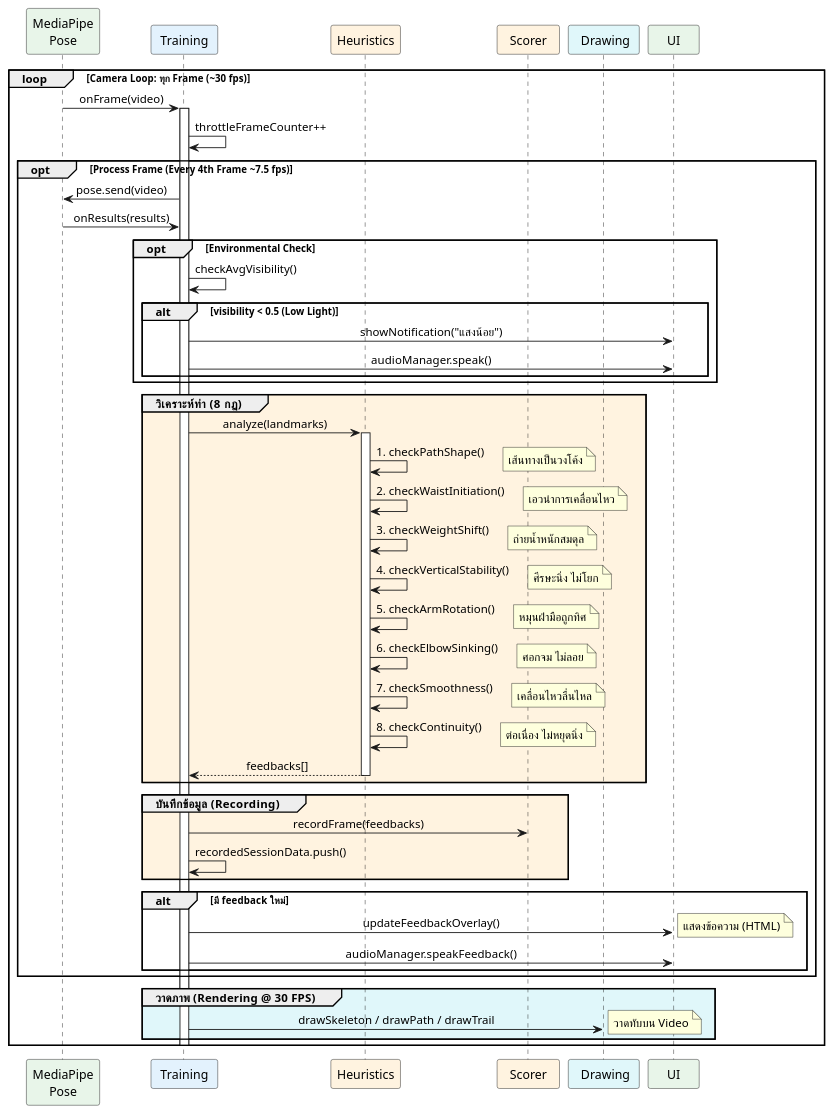
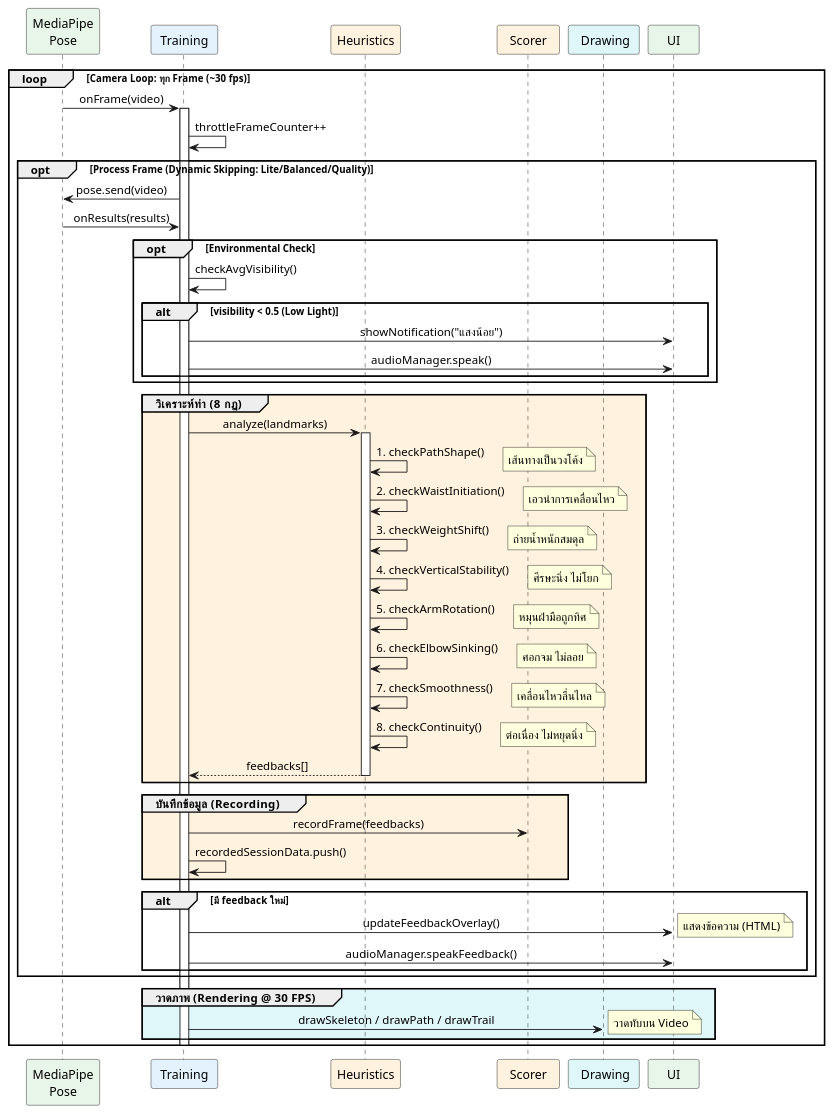
Before and after one commit to vyut/TaijiFlow: the diagram in docs/diagrams/SequenceDiagram_RealtimeAnalysis.wsd, drawn with PlantUML. The commit also changed 8 other files, not shown here.

```diff
--- a/docs/diagrams/SequenceDiagram_RealtimeAnalysis.wsd
+++ b/docs/diagrams/SequenceDiagram_RealtimeAnalysis.wsd
@@ -1,101 +1,101 @@
 @startuml SequenceDiagram_RealtimeAnalysis
 ' ============================================================================
 ' TaijiFlow AI - Sequence Diagram: Real-time Pose Analysis
 ' ============================================================================
 ' แสดงการวิเคราะห์ท่าแบบ Real-time ในแต่ละ Frame
 ' อ้างอิง: onResults() callback ใน script.js (lines 1200-1470)
 ' ============================================================================
 
 skinparam defaultFontName "Sarabun"
 skinparam backgroundColor transparent
 skinparam sequenceMessageAlign center
 
 ' === Participants ===
 participant "MediaPipe\nPose" as MediaPipe #E8F5E9
 participant " Training " as Training #E3F2FD
 participant "Heuristics" as Heuristics #FFF3E0
 participant "  Scorer  " as Scorer #FFF3E0
 participant "  Drawing " as Drawing #E0F7FA
 participant "    UI    " as UI #E8F5E9
 
 ' ============================================================================
 ' MAIN LOOP: onResults Callback
 ' ============================================================================
 
 loop Camera Loop: ทุก Frame (~30 fps)
     MediaPipe -> Training : onFrame(video)
     activate Training
     
     Training -> Training : throttleFrameCounter++
     
     ' === Throttling Check ===
-    opt Process Frame (Every 4th Frame ~7.5 fps)
+    opt Process Frame (Dynamic Skipping: Lite/Balanced/Quality)
         Training -> MediaPipe : pose.send(video)
         MediaPipe -> Training : onResults(results)
         
         ' === Environmental Check (Low Light) ===
         opt Environmental Check
             Training -> Training : checkAvgVisibility()
             alt visibility < 0.5 (Low Light)
                 Training -> UI : showNotification("แสงน้อย")
                 Training -> UI : audioManager.speak()
             end
         end
 
         ' === Step 1: Analyze Pose (8 Rules) ===
         group #FFF3E0 วิเคราะห์ท่า (8 กฎ)
             Training -> Heuristics : analyze(landmarks)
             activate Heuristics
             
             Heuristics -> Heuristics : 1. checkPathShape()
             note right: เส้นทางเป็นวงโค้ง
             
             Heuristics -> Heuristics : 2. checkWaistInitiation()
             note right: เอวนำการเคลื่อนไหว
             
             Heuristics -> Heuristics : 3. checkWeightShift()
             note right: ถ่ายน้ำหนักสมดุล
             
             Heuristics -> Heuristics : 4. checkVerticalStability()
             note right: ศีรษะนิ่ง ไม่โยก
             
             Heuristics -> Heuristics : 5. checkArmRotation()
             note right: หมุนฝ่ามือถูกทิศ
             
             Heuristics -> Heuristics : 6. checkElbowSinking()
             note right: ศอกจม ไม่ลอย
             
             Heuristics -> Heuristics : 7. checkSmoothness()
             note right: เคลื่อนไหวลื่นไหล
             
             Heuristics -> Heuristics : 8. checkContinuity()
             note right: ต่อเนื่อง ไม่หยุดนิ่ง
             
             Heuristics --> Training : feedbacks[]
             deactivate Heuristics
         end
         
         ' === Step 2: Record Data ===
         group #FFF3E0 บันทึกข้อมูล (Recording)
             Training -> Scorer : recordFrame(feedbacks)
             Training -> Training : recordedSessionData.push()
         end
         
         ' === Step 4: Show Feedback ===
         alt มี feedback ใหม่
             Training -> UI : updateFeedbackOverlay()
             note right: แสดงข้อความ (HTML)
             Training -> UI : audioManager.speakFeedback()
         end
     end
     
     ' === Step 3: Draw Visuals (Every Frame 30 FPS) ===
     group #E0F7FA วาดภาพ (Rendering @ 30 FPS)
         Training -> Drawing : drawSkeleton / drawPath / drawTrail
         note right: วาดทับบน Video
     end
     
     deactivate Training
 end
 
 @enduml
```
